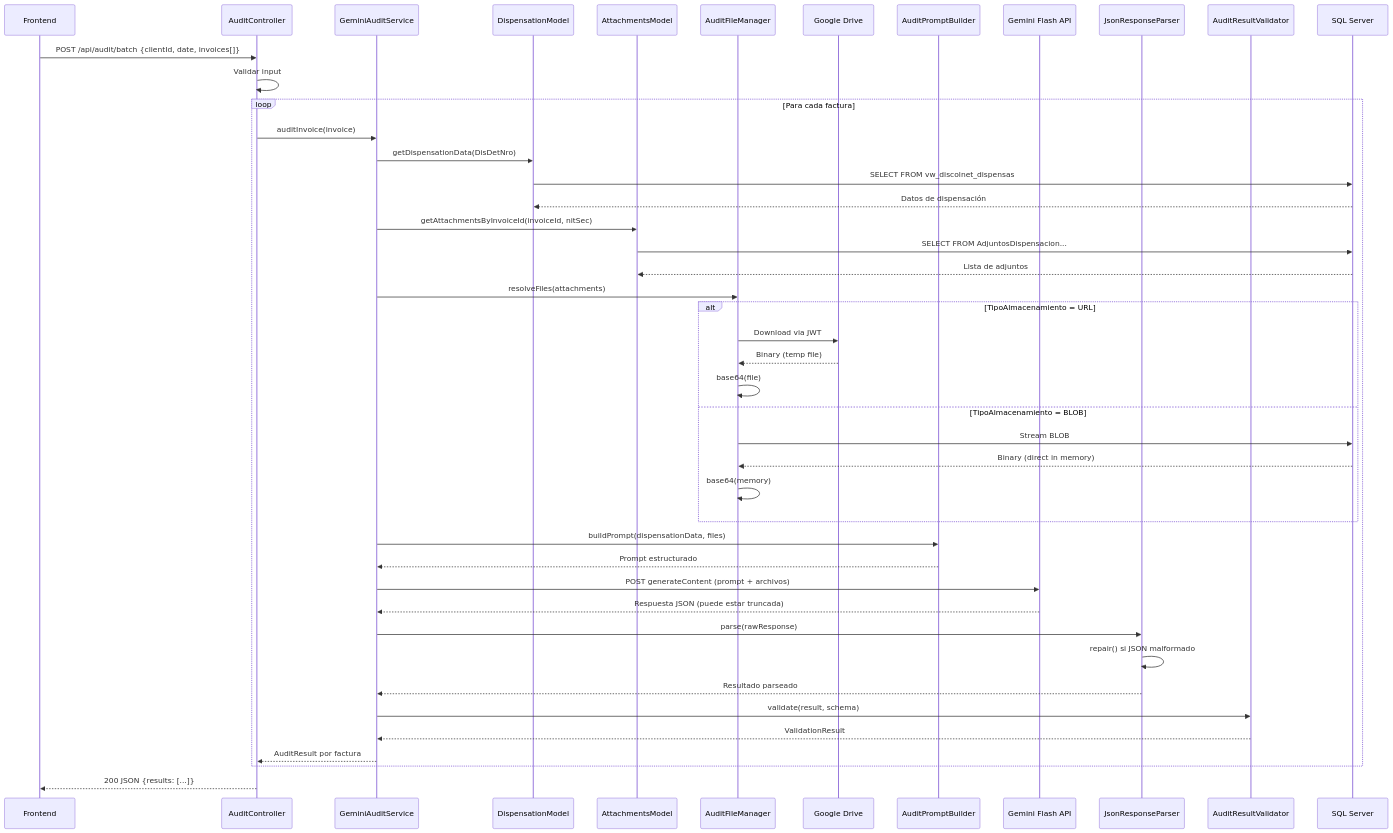
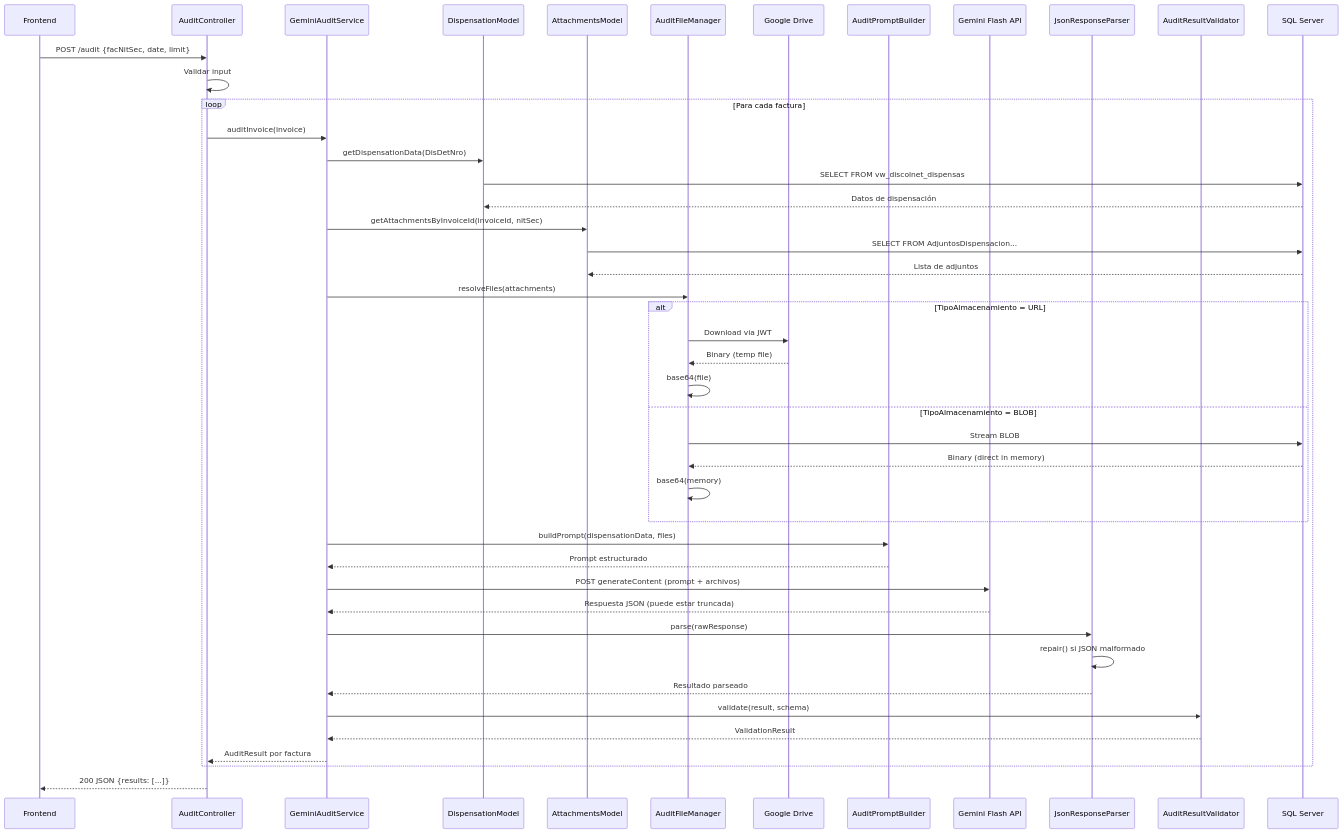
The second of 4 diagrams in plans/data-flows.md (jfrem/AudFact), drawn with Mermaid before and after one commit. The commit also changed other lines of this file and 133 other files, not shown here.

````diff
--- a/plans/data-flows.md
+++ b/plans/data-flows.md
@@ -54,57 +54,57 @@
 ```mermaid
 sequenceDiagram
     participant U as Frontend
     participant AC as AuditController
     participant GAS as GeminiAuditService
     participant DM as DispensationModel
     participant AM as AttachmentsModel
     participant AFM as AuditFileManager
     participant GD as Google Drive
     participant APB as AuditPromptBuilder
     participant G as Gemini Flash API
     participant JRP as JsonResponseParser
     participant ARV as AuditResultValidator
     participant DB as SQL Server
 
-    U->>AC: POST /api/audit/batch {clientId, date, invoices[]}
+    U->>AC: POST /audit {facNitSec, date, limit}
     AC->>AC: Validar input
 
     loop Para cada factura
         AC->>GAS: auditInvoice(invoice)
         GAS->>DM: getDispensationData(DisDetNro)
         DM->>DB: SELECT FROM vw_discolnet_dispensas
         DB-->>DM: Datos de dispensación
 
         GAS->>AM: getAttachmentsByInvoiceId(invoiceId, nitSec)
         AM->>DB: SELECT FROM AdjuntosDispensacion...
         DB-->>AM: Lista de adjuntos
 
         GAS->>AFM: resolveFiles(attachments)
         alt TipoAlmacenamiento = URL
             AFM->>GD: Download via JWT
             GD-->>AFM: Binary (temp file)
             AFM->>AFM: base64(file)
         else TipoAlmacenamiento = BLOB
             AFM->>DB: Stream BLOB
             DB-->>AFM: Binary (direct in memory)
             AFM->>AFM: base64(memory)
         end
 
         GAS->>APB: buildPrompt(dispensationData, files)
         APB-->>GAS: Prompt estructurado
 
         GAS->>G: POST generateContent (prompt + archivos)
         G-->>GAS: Respuesta JSON (puede estar truncada)
 
         GAS->>JRP: parse(rawResponse)
         JRP->>JRP: repair() si JSON malformado
         JRP-->>GAS: Resultado parseado
 
         GAS->>ARV: validate(result, schema)
         ARV-->>GAS: ValidationResult
 
         GAS-->>AC: AuditResult por factura
     end
 
     AC-->>U: 200 JSON {results: [...]}
 ```
````
